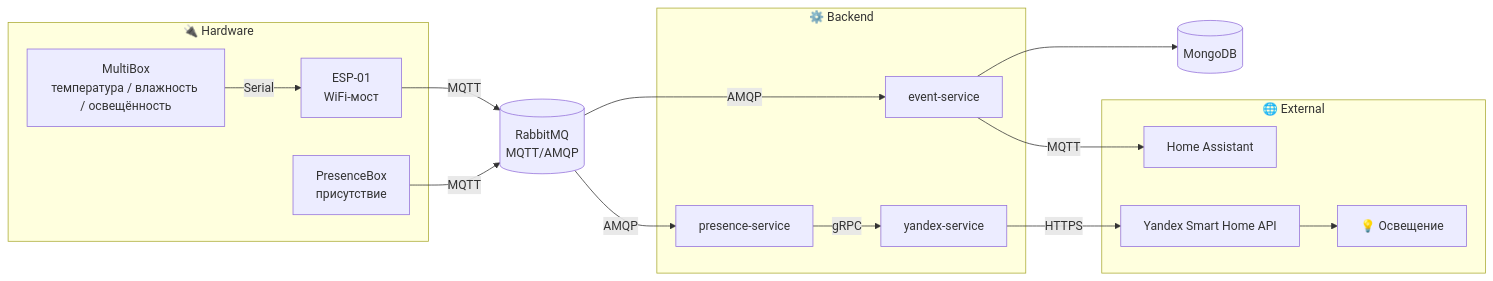
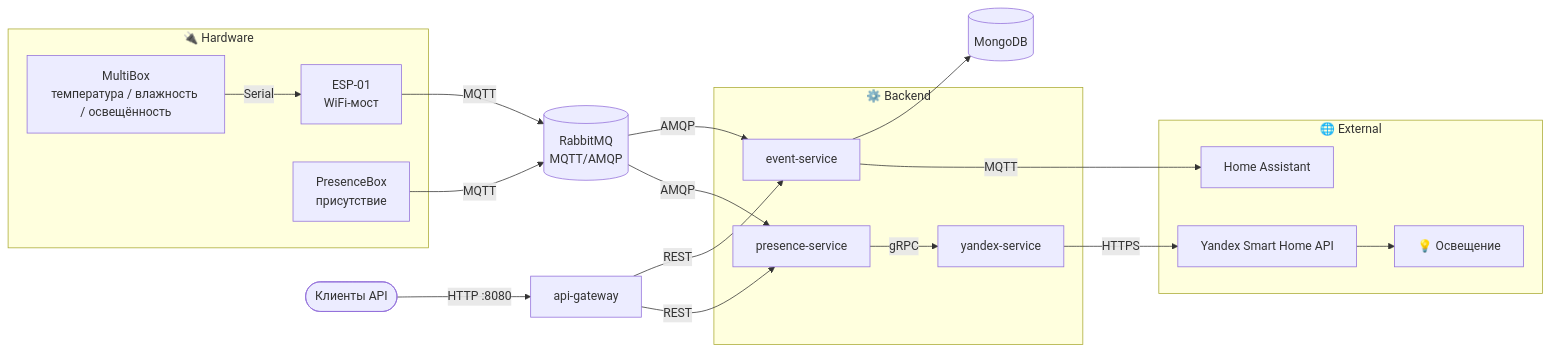
One commit to JohnnyNovac/home-sweet-home changed the diagram in README.md. Above: the diagram before and after it, drawn with Mermaid. The commit also changed other lines of this file and 17 other files, not shown here.

Commit message:
Added api-gateway as single entry point

````diff
--- a/README.md
+++ b/README.md
@@ -11,35 +11,39 @@
 ```mermaid
 flowchart LR
     subgraph Hardware["🔌 Hardware"]
         MB[MultiBox<br/>температура / влажность / освещённость]
         ESP[ESP-01<br/>WiFi-мост]
         PB[PresenceBox<br/>присутствие]
         MB -->|Serial| ESP
     end
 
     BROKER[(RabbitMQ<br/>MQTT/AMQP)]
 
     subgraph Backend["⚙️ Backend"]
         ES[event-service]
         PS[presence-service]
         YS[yandex-service]
     end
 
     MONGO[(MongoDB)]
 
     subgraph External["🌐 External"]
         HA[Home Assistant]
         YAPI[Yandex Smart Home API]
         LIGHTNING[💡 Освещение]
     end
 
     ESP -->|MQTT| BROKER
     PB -->|MQTT| BROKER
     BROKER -->|AMQP| ES
     BROKER -->|AMQP| PS
     ES --> MONGO
     ES -->|MQTT| HA
     PS -->|gRPC| YS
     YS -->|HTTPS| YAPI
     YAPI --> LIGHTNING
+
+    CLIENT([Клиенты API]) -->|HTTP :8080| GW[api-gateway]
+    GW -->|REST| ES
+    GW -->|REST| PS
 ```
````
